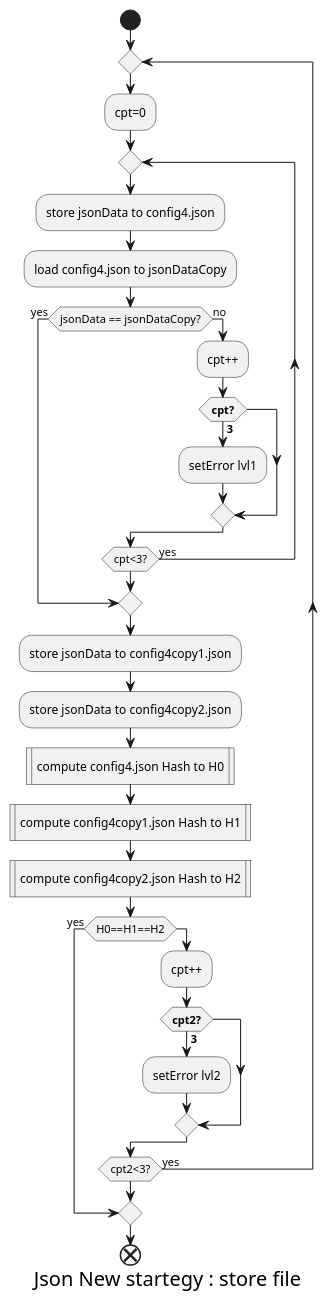
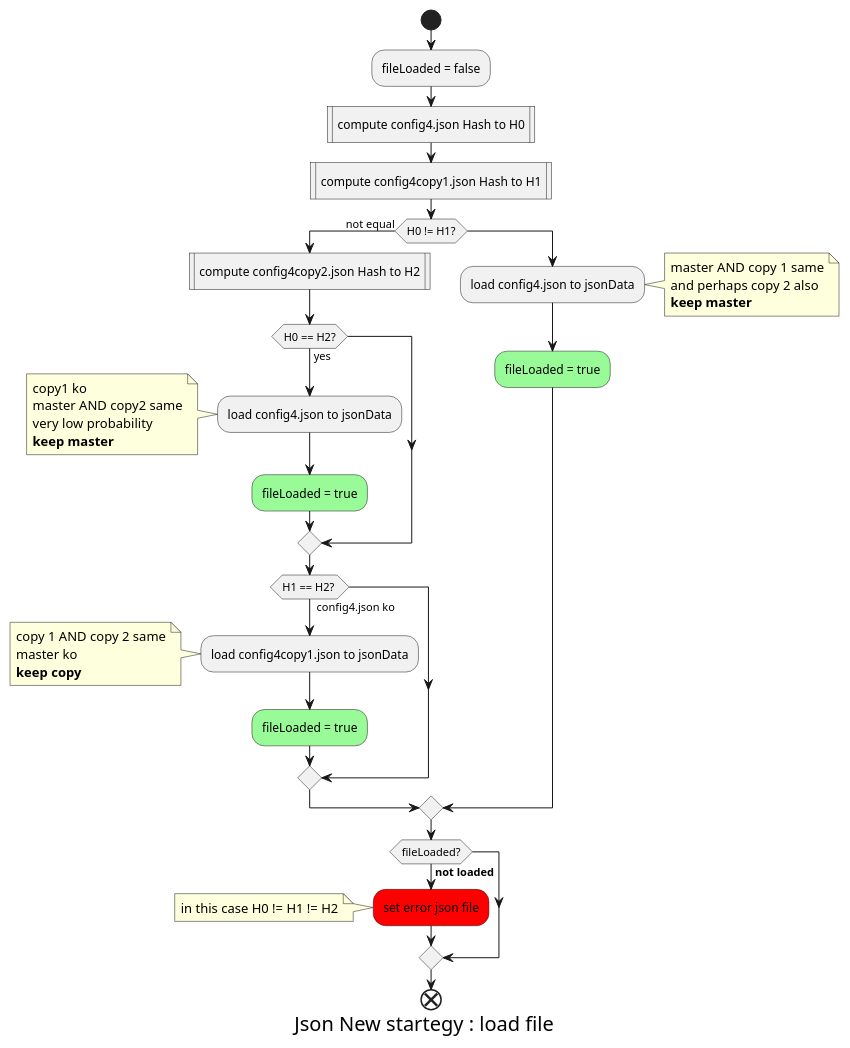
Before and after one commit to volab/IoT_EPS: the diagram in _1_userDoc/source/graphviz/jsonNewStrategyLoad.wsd, drawn with PlantUML. The commit also changed 7 other files, not shown here.

```diff
--- a/_1_userDoc/source/graphviz/jsonNewStrategyLoad.wsd
+++ b/_1_userDoc/source/graphviz/jsonNewStrategyLoad.wsd
@@ -1,45 +1,59 @@
 @startuml
 
 <style>
 caption {
 FontSize 20
 }
 </style>
 
-caption Json New startegy : store file
+caption Json New startegy : load file
 
 start
 'skinparam ConditionEndStyle hline
-repeat
-:cpt=0;
-    repeat
-        :store jsonData to config4.json;
-        :load config4.json to jsonDataCopy;
-        if(jsonData == jsonDataCopy?) then (yes)
-            break
-        else (no)
-            :cpt++;
-            if (<b>cpt?) then (<b>3)
-                :setError lvl1;
-            endif   
-        endif
-    repeat while (cpt<3?) equals (yes)
 
-    :store jsonData to config4copy1.json;
-    :store jsonData to config4copy2.json;
-    :compute config4.json Hash to H0|
-    :compute config4copy1.json Hash to H1|
+:fileLoaded = false;
+
+:compute config4.json Hash to H0|
+:compute config4copy1.json Hash to H1|
+
+if (H0 != H1?) then (not equal)
     :compute config4copy2.json Hash to H2|
+    if (H0 == H2?) then (yes)
+        :load config4.json to jsonData;
+        note left
+            copy1 ko
+            master AND copy2 same
+            very low probability
+            <b>keep master
+        end note
+        #palegreen:fileLoaded = true;
+    endif
+    if (H1 == H2? ) then ( config4.json ko) 
+        :load config4copy1.json to jsonData;
+        note left
+            copy 1 AND copy 2 same
+            master ko 
+            <b>keep copy
+        end note
+        #palegreen:fileLoaded = true;
+    endif
+else
+    :load config4.json to jsonData;
+    note right
+        master AND copy 1 same
+        and perhaps copy 2 also
+        <b>keep master
+    end note
+    #palegreen:fileLoaded = true;
+endif
 
-    if (H0==H1==H2) then (yes)
-        break 
-    else
-        :cpt++;
-        if (<b>cpt2?) then (<b>3)
-            :setError lvl2;
-        endif       
-    endif
-repeat while(cpt2<3?) equals (yes)
+if (fileLoaded?) is (<b>not loaded) then
+#red:set error json file;
+note left
+    in this case H0 != H1 != H2
+end note
+endif
+
 end
 
 @enduml
```
